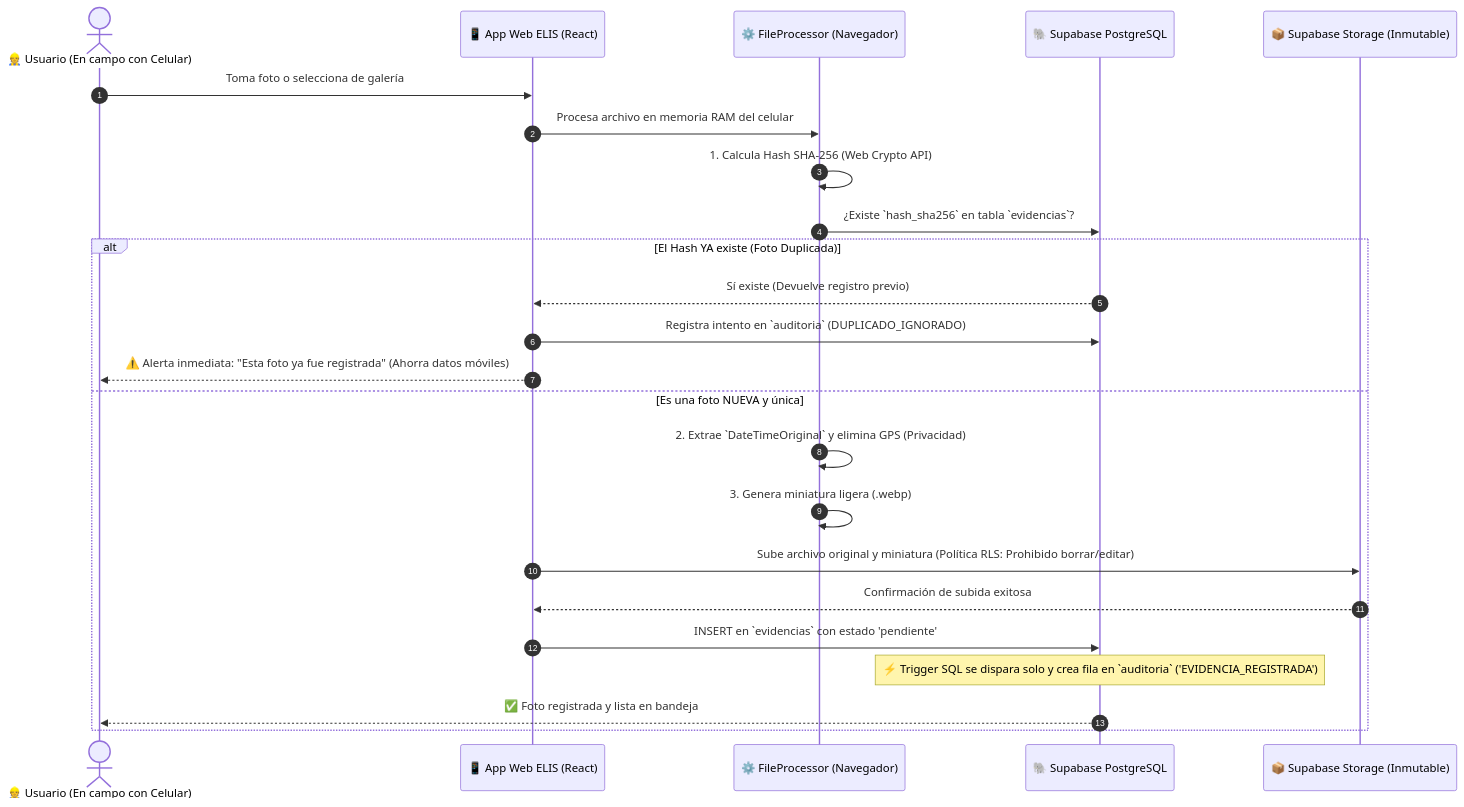
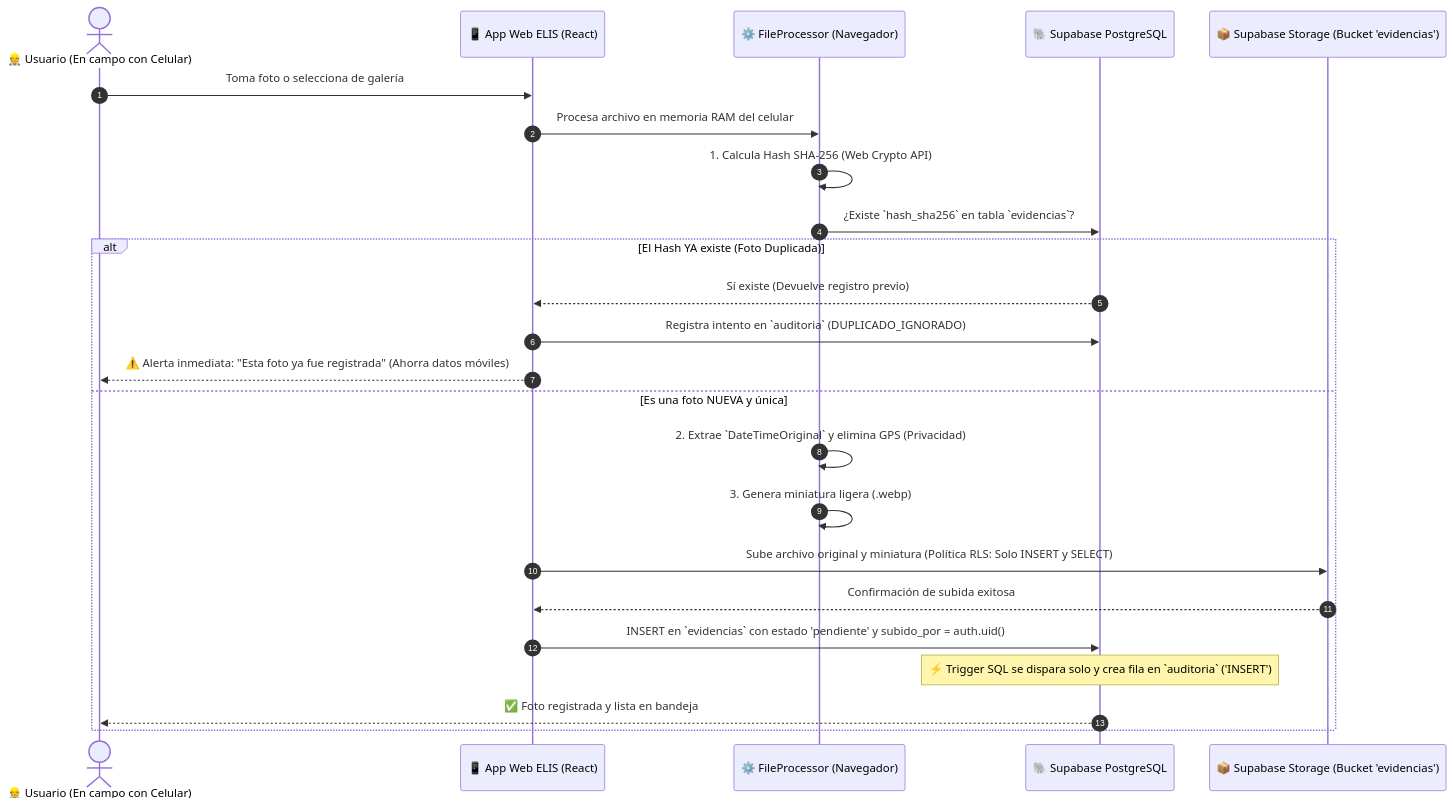
Before and after one commit to Tiburonchin/ELIS_5.vs2.2: the third of 5 diagrams in ARQUITECTURA_Y_ESPECIFICACION_MODERNA.md, drawn with Mermaid. The commit also changed other lines of this file and 25 other files, not shown here.

Commit message:
feat(modulo-8): implementar servicios auth, useAuth y refactorización rls

````diff
--- a/ARQUITECTURA_Y_ESPECIFICACION_MODERNA.md
+++ b/ARQUITECTURA_Y_ESPECIFICACION_MODERNA.md
@@ -416,27 +580,27 @@
 ```mermaid
 sequenceDiagram
     autonumber
     actor Operario as 👷 Usuario (En campo con Celular)
     participant PWA as 📱 App Web ELIS (React)
     participant Proc as ⚙️ FileProcessor (Navegador)
     participant DB as 🐘 Supabase PostgreSQL
-    participant Bucket as 📦 Supabase Storage (Inmutable)
+    participant Bucket as 📦 Supabase Storage (Bucket 'evidencias')
 
     Operario->>PWA: Toma foto o selecciona de galería
     PWA->>Proc: Procesa archivo en memoria RAM del celular
     Proc->>Proc: 1. Calcula Hash SHA-256 (Web Crypto API)
     Proc->>DB: ¿Existe `hash_sha256` en tabla `evidencias`?
     alt El Hash YA existe (Foto Duplicada)
         DB-->>PWA: Sí existe (Devuelve registro previo)
         PWA->>DB: Registra intento en `auditoria` (DUPLICADO_IGNORADO)
         PWA-->>Operario: ⚠️ Alerta inmediata: "Esta foto ya fue registrada" (Ahorra datos móviles)
     else Es una foto NUEVA y única
         Proc->>Proc: 2. Extrae `DateTimeOriginal` y elimina GPS (Privacidad)
         Proc->>Proc: 3. Genera miniatura ligera (.webp)
-        PWA->>Bucket: Sube archivo original y miniatura (Política RLS: Prohibido borrar/editar)
+        PWA->>Bucket: Sube archivo original y miniatura (Política RLS: Solo INSERT y SELECT)
         Bucket-->>PWA: Confirmación de subida exitosa
-        PWA->>DB: INSERT en `evidencias` con estado 'pendiente'
-        Note over DB: ⚡ Trigger SQL se dispara solo y crea fila en `auditoria` ('EVIDENCIA_REGISTRADA')
+        PWA->>DB: INSERT en `evidencias` con estado 'pendiente' y subido_por = auth.uid()
+        Note over DB: ⚡ Trigger SQL se dispara solo y crea fila en `auditoria` ('INSERT')
         DB-->>Operario: ✅ Foto registrada y lista en bandeja
     end
 ```
````
